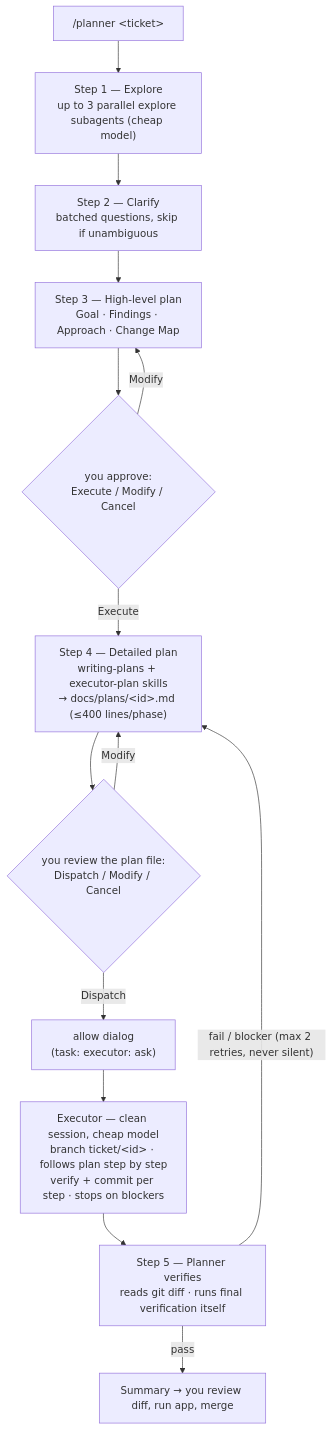
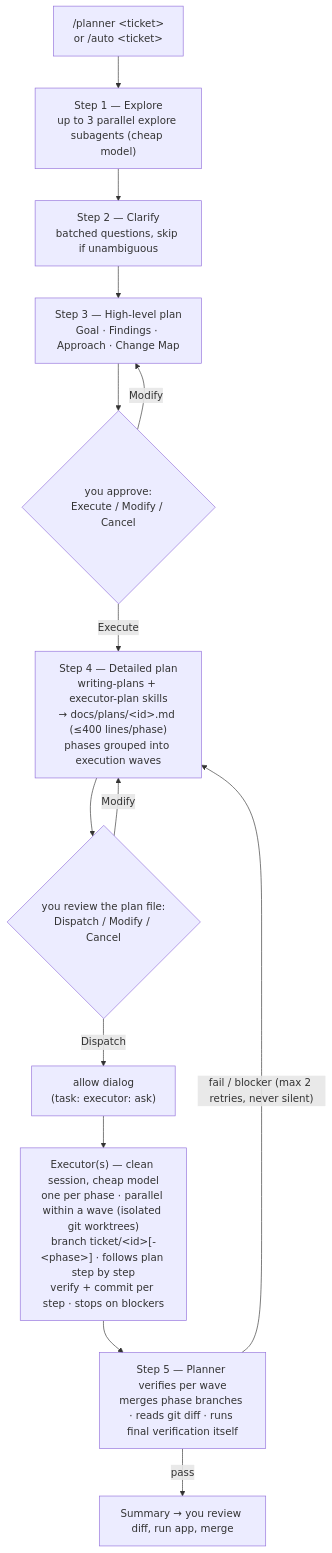
One commit to thanhnguyen293/planexec changed the diagram in README.md. Above: the diagram before and after it, drawn with Mermaid. The commit also changed other lines of this file and 10 other files, not shown here.

````diff
--- a/README.md
+++ b/README.md
@@ -13,16 +13,16 @@
 ```mermaid
 flowchart TD
-    A["/planner &lt;ticket&gt;"] --> B["Step 1 — Explore<br/>up to 3 parallel explore subagents (cheap model)"]
+    A["/planner &lt;ticket&gt;<br/>or /auto &lt;ticket&gt;"] --> B["Step 1 — Explore<br/>up to 3 parallel explore subagents (cheap model)"]
     B --> C["Step 2 — Clarify<br/>batched questions, skip if unambiguous"]
     C --> D["Step 3 — High-level plan<br/>Goal · Findings · Approach · Change Map"]
     D --> G1{"you approve:<br/>Execute / Modify / Cancel"}
     G1 -- Modify --> D
-    G1 -- Execute --> E["Step 4 — Detailed plan<br/>writing-plans + executor-plan skills<br/>→ docs/plans/&lt;id&gt;.md (≤400 lines/phase)"]
+    G1 -- Execute --> E["Step 4 — Detailed plan<br/>writing-plans + executor-plan skills<br/>→ docs/plans/&lt;id&gt;.md (≤400 lines/phase)<br/>phases grouped into execution waves"]
     E --> G2{"you review the plan file:<br/>Dispatch / Modify / Cancel"}
     G2 -- Modify --> E
     G2 -- Dispatch --> G3["allow dialog<br/>(task: executor: ask)"]
-    G3 --> X["Executor — clean session, cheap model<br/>branch ticket/&lt;id&gt; · follows plan step by step<br/>verify + commit per step · stops on blockers"]
-    X --> V["Step 5 — Planner verifies<br/>reads git diff · runs final verification itself"]
+    G3 --> X["Executor(s) — clean session, cheap model<br/>one per phase · parallel within a wave (isolated git worktrees)<br/>branch ticket/&lt;id&gt;[-&lt;phase&gt;] · follows plan step by step<br/>verify + commit per step · stops on blockers"]
+    X --> V["Step 5 — Planner verifies per wave<br/>merges phase branches · reads git diff · runs final verification itself"]
     V -- "fail / blocker (max 2 retries, never silent)" --> E
     V -- pass --> Z["Summary → you review diff, run app, merge"]
 ```
````
